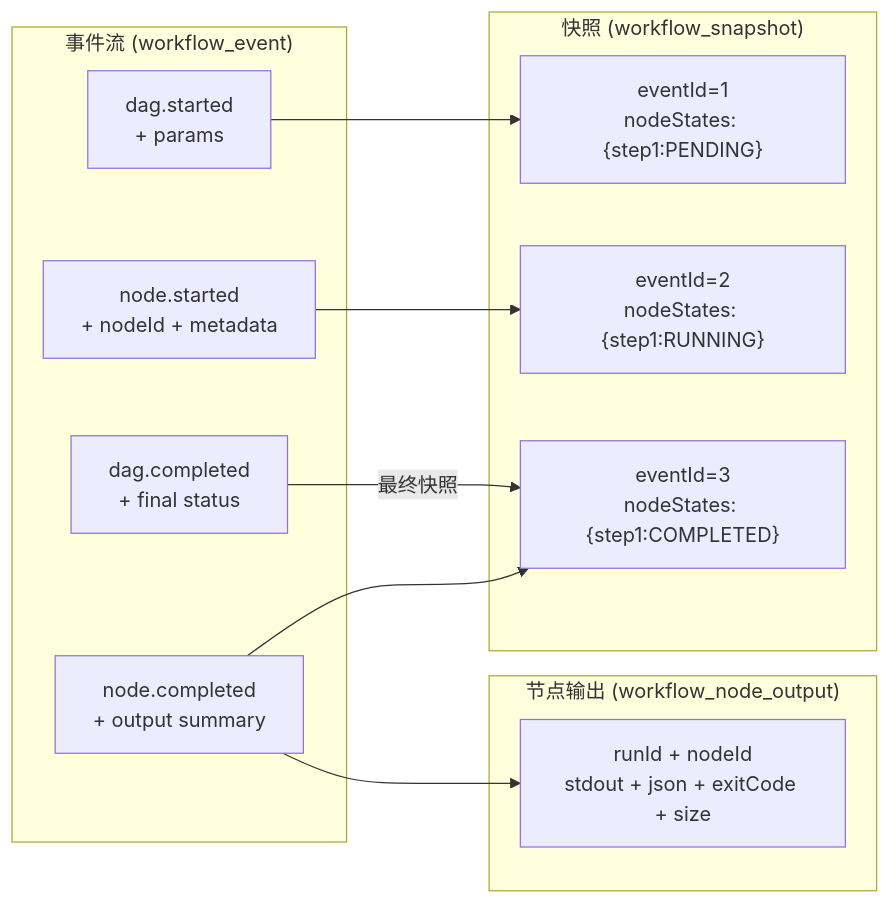
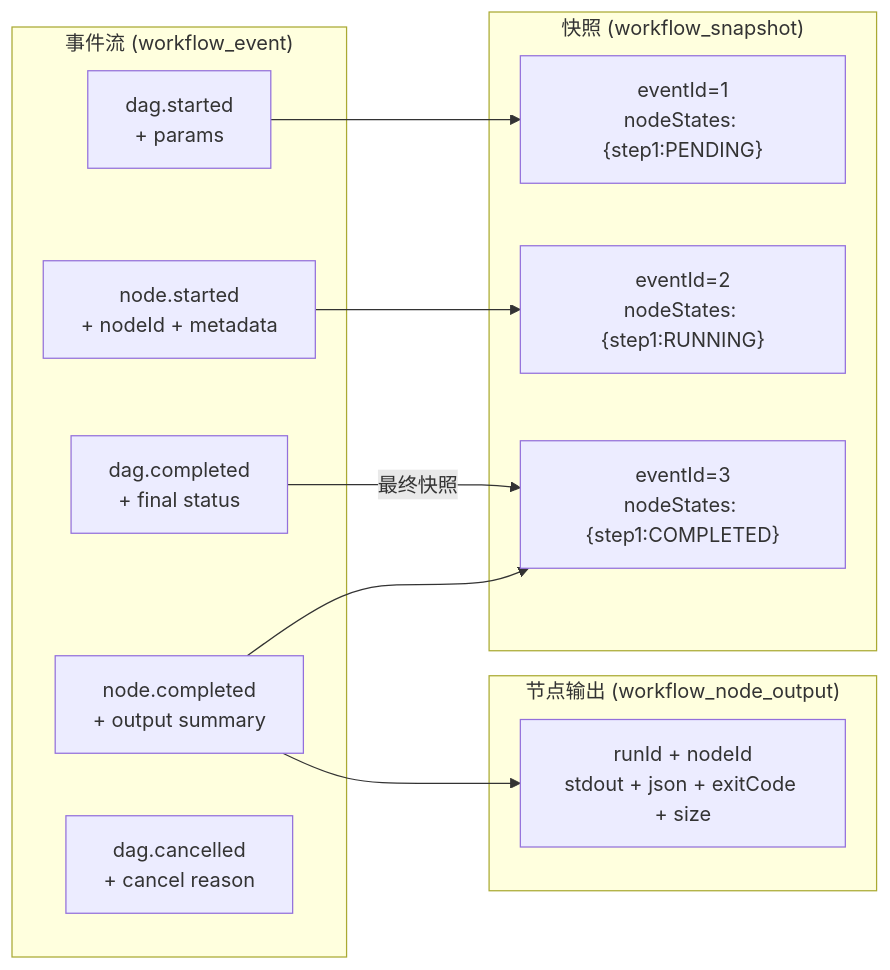
The ninth of 11 diagrams in docs/developer/arch/workflow-architecture.md (HuangPuStar/FenixAgent), drawn with Mermaid before and after one commit. The commit also changed other lines of this file, not shown here.

````diff
--- a/docs/developer/arch/workflow-architecture.md
+++ b/docs/developer/arch/workflow-architecture.md
@@ -340,25 +549,26 @@
 ```mermaid
 graph LR
     subgraph "事件流 (workflow_event)"
         EVT1["dag.started<br/>+ params"]
         EVT2["node.started<br/>+ nodeId + metadata"]
         EVT3["node.completed<br/>+ output summary"]
         EVT4["dag.completed<br/>+ final status"]
+        EVT5["dag.cancelled<br/>+ cancel reason"]
     end
 
     subgraph "快照 (workflow_snapshot)"
         SNAP1["eventId=1<br/>nodeStates: {step1:PENDING}"]
         SNAP2["eventId=2<br/>nodeStates: {step1:RUNNING}"]
         SNAP3["eventId=3<br/>nodeStates: {step1:COMPLETED}"]
     end
 
     subgraph "节点输出 (workflow_node_output)"
         OUT["runId + nodeId<br/>stdout + json + exitCode + size"]
     end
 
     EVT1 --> SNAP1
     EVT2 --> SNAP2
     EVT3 --> SNAP3
     EVT3 --> OUT
     EVT4 -->|"最终快照"| SNAP3
 ```
````
